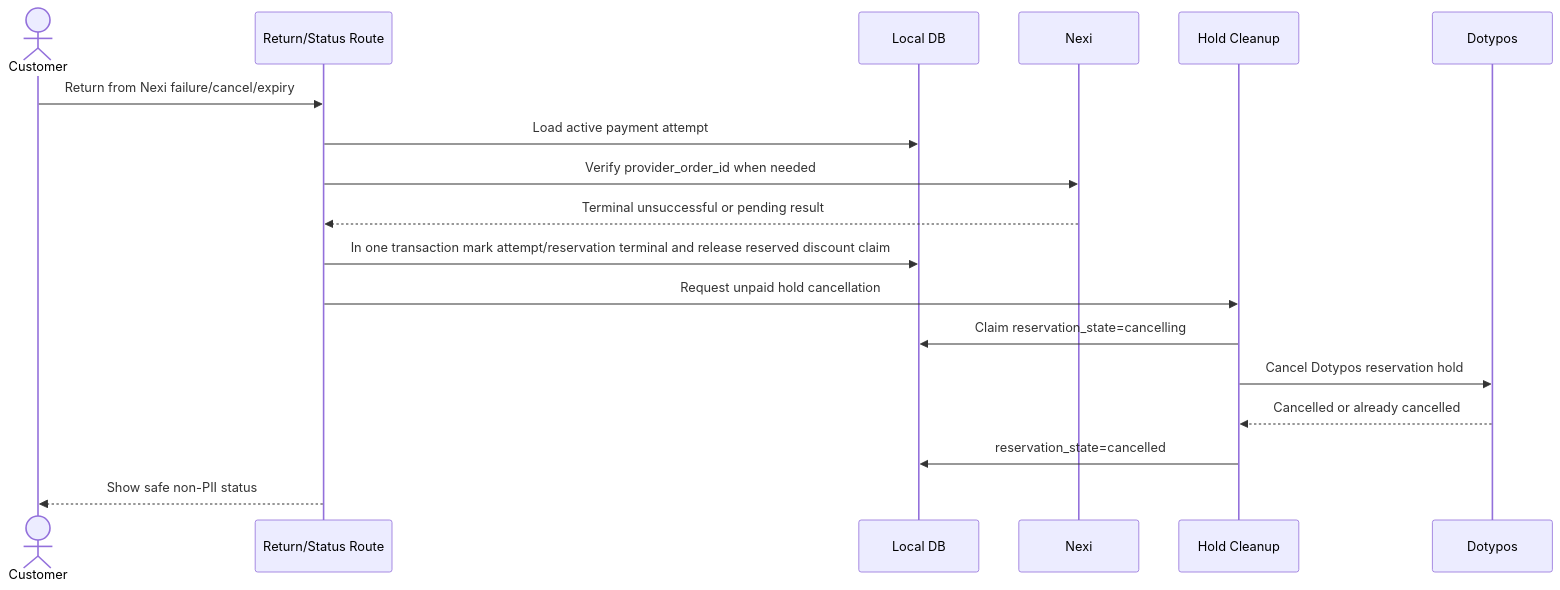
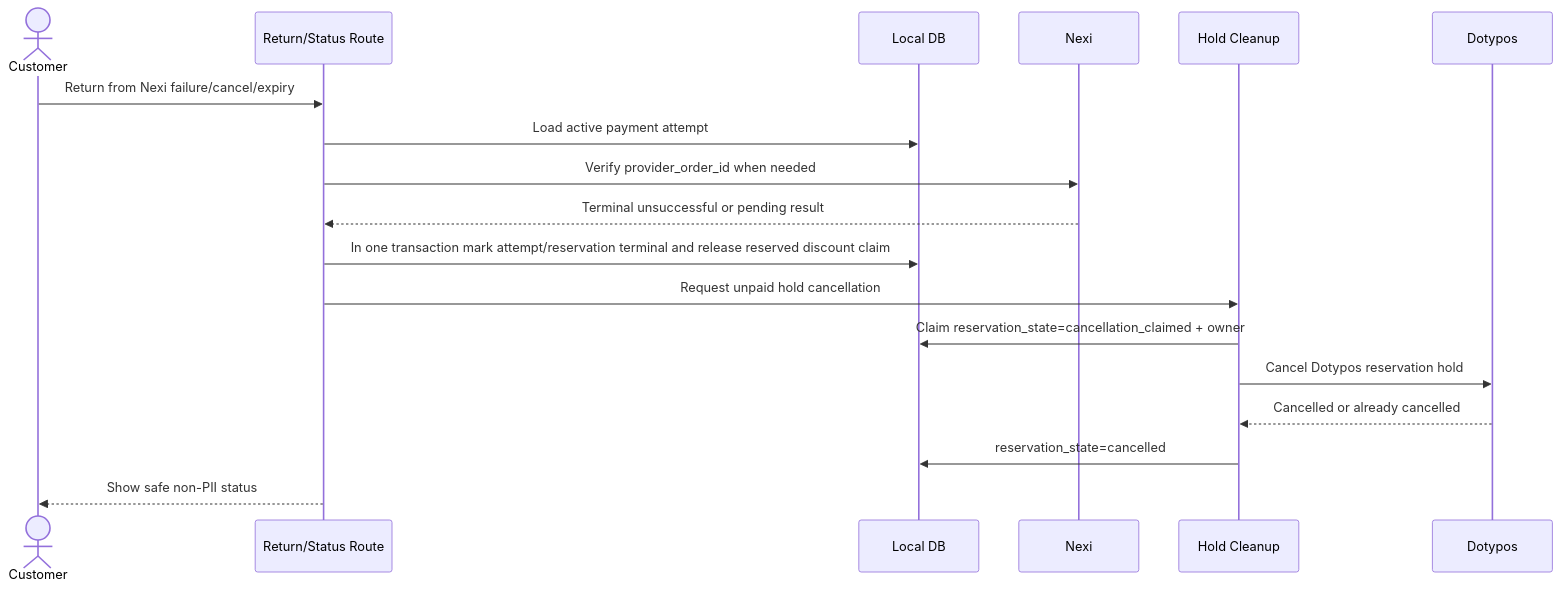
The fifth of 6 diagrams in apps/deskohub-workspace/docs/checkout-lifecycle.md (totalolage/deskohub-site), drawn with Mermaid before and after one commit. The commit also changed other lines of this file and 18 other files, not shown here.

````diff
--- a/apps/deskohub-workspace/docs/checkout-lifecycle.md
+++ b/apps/deskohub-workspace/docs/checkout-lifecycle.md
@@ -483,21 +485,21 @@
 ```mermaid
 sequenceDiagram
   actor Customer
   participant Return as Return/Status Route
   participant DB as Local DB
   participant Nexi
   participant Cleanup as Hold Cleanup
   participant Dotypos
 
   Customer->>Return: Return from Nexi failure/cancel/expiry
   Return->>DB: Load active payment attempt
   Return->>Nexi: Verify provider_order_id when needed
   Nexi-->>Return: Terminal unsuccessful or pending result
   Return->>DB: In one transaction mark attempt/reservation terminal and release reserved discount claim
   Return->>Cleanup: Request unpaid hold cancellation
-  Cleanup->>DB: Claim reservation_state=cancelling
+  Cleanup->>DB: Claim reservation_state=cancellation_claimed + owner
   Cleanup->>Dotypos: Cancel Dotypos reservation hold
   Dotypos-->>Cleanup: Cancelled or already cancelled
   Cleanup->>DB: reservation_state=cancelled
   Return-->>Customer: Show safe non-PII status
 ```
````
